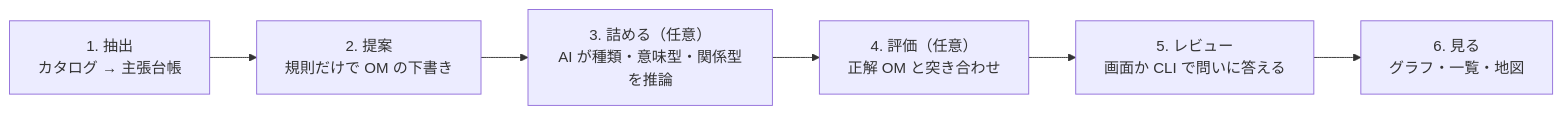
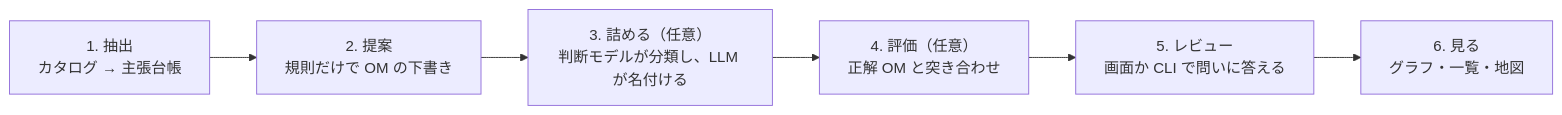
Before and after one commit to NaokiHyu/mandara: the sixth of 6 diagrams in docs/quickstart.md, drawn with Mermaid. The commit also changed other lines of this file and 20 other files, not shown here.

````diff
--- a/docs/quickstart.md
+++ b/docs/quickstart.md
@@ -152,8 +152,8 @@
 ```mermaid
 flowchart LR
     S1["1. 抽出<br/>カタログ → 主張台帳"] --> S2["2. 提案<br/>規則だけで OM の下書き"]
-    S2 --> S3["3. 詰める（任意）<br/>AI が種類・意味型・関係型を推論"]
+    S2 --> S3["3. 詰める（任意）<br/>判断モデルが分類し、LLM が名付ける"]
     S3 --> S4["4. 評価（任意）<br/>正解 OM と突き合わせ"]
     S4 --> S5["5. レビュー<br/>画面か CLI で問いに答える"]
     S5 --> S6["6. 見る<br/>グラフ・一覧・地図"]
 ```
````
